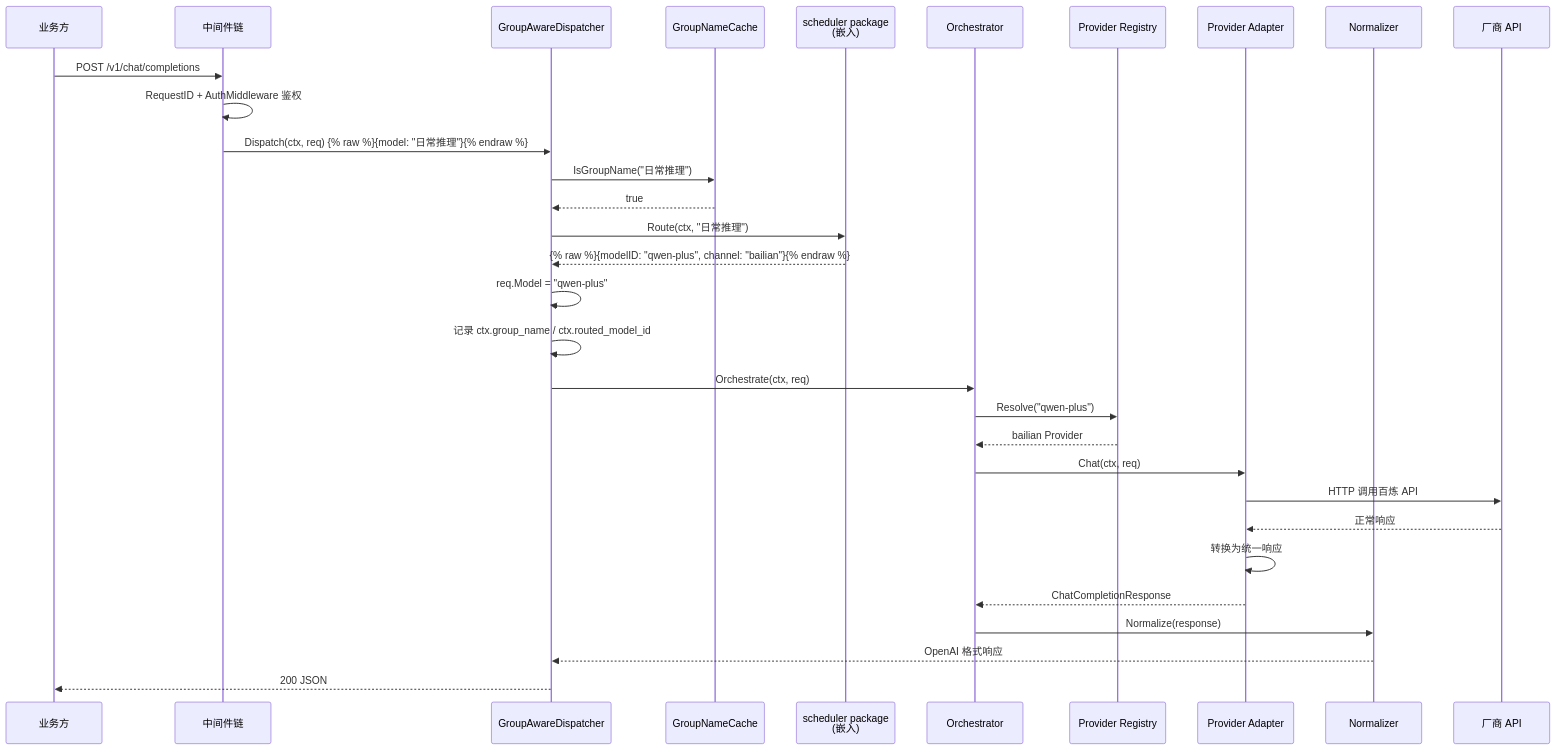
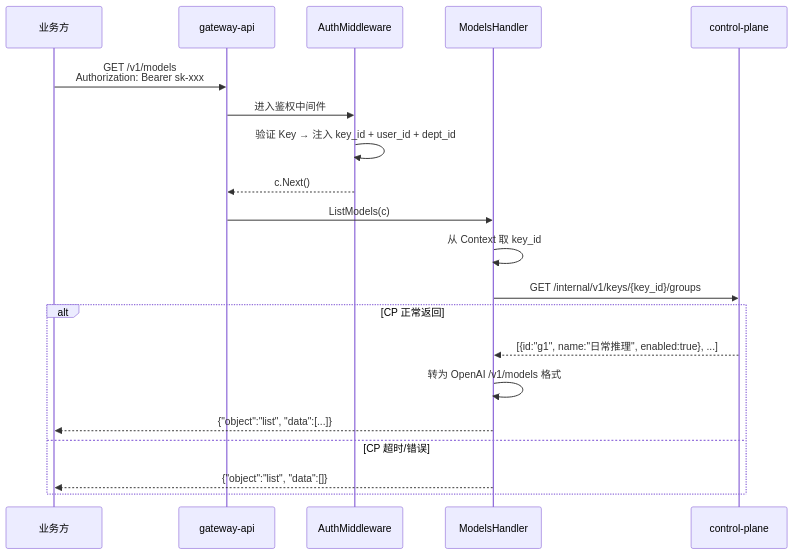
One commit to achieve-jsy/llm-gateway changed the first of 2 diagrams in xspec/changes/gateway-api/design.delta.md. Above: the diagram before and after it, drawn with Mermaid. The commit also changed other lines of this file and 134 other files, not shown here.

First line of the commit message:
feat(api-key): 添加API密钥与模型组绑定功能

````diff
--- a/xspec/changes/gateway-api/design.delta.md
+++ b/xspec/changes/gateway-api/design.delta.md
@@ -146,38 +150,23 @@
 ```mermaid
 sequenceDiagram
     participant BIZ as 业务方
-    participant MW as 中间件链
-    participant GD as GroupAwareDispatcher
-    participant GC as GroupNameCache
-    participant SCH as scheduler package<br/>(嵌入)
-    participant O as Orchestrator
-    participant R as Provider Registry
-    participant P as Provider Adapter
-    participant N as Normalizer
-    participant API as 厂商 API
+    participant GW as gateway-api
+    participant Auth as AuthMiddleware
+    participant MH as ModelsHandler
+    participant CP as control-plane
 
-    BIZ->>MW: POST /v1/chat/completions
-    MW->>MW: RequestID + AuthMiddleware 鉴权
-    MW->>GD: Dispatch(ctx, req) {% raw %}{model: "日常推理"}{% endraw %}
-
-    GD->>GC: IsGroupName("日常推理")
-    GC-->>GD: true
-
-    GD->>SCH: Route(ctx, "日常推理")
-    SCH-->>GD: {% raw %}{modelID: "qwen-plus", channel: "bailian"}{% endraw %}
-
-    GD->>GD: req.Model = "qwen-plus"
-    GD->>GD: 记录 ctx.group_name / ctx.routed_model_id
-
-    GD->>O: Orchestrate(ctx, req)
-    O->>R: Resolve("qwen-plus")
-    R-->>O: bailian Provider
-    O->>P: Chat(ctx, req)
-    P->>API: HTTP 调用百炼 API
-    API-->>P: 正常响应
-    P->>P: 转换为统一响应
-    P-->>O: ChatCompletionResponse
-    O->>N: Normalize(response)
-    N-->>GD: OpenAI 格式响应
-    GD-->>BIZ: 200 JSON
+    BIZ->>GW: GET /v1/models<br/>Authorization: Bearer sk-xxx
+    GW->>Auth: 进入鉴权中间件
+    Auth->>Auth: 验证 Key → 注入 key_id + user_id + dept_id
+    Auth-->>GW: c.Next()
+    GW->>MH: ListModels(c)
+    MH->>MH: 从 Context 取 key_id
+    MH->>CP: GET /internal/v1/keys/{key_id}/groups
+    alt CP 正常返回
+        CP-->>MH: [{id:"g1", name:"日常推理", enabled:true}, ...]
+        MH->>MH: 转为 OpenAI /v1/models 格式
+        MH-->>BIZ: {"object":"list", "data":[...]}
+    else CP 超时/错误
+        MH-->>BIZ: {"object":"list", "data":[]}
+    end
 ```
````
